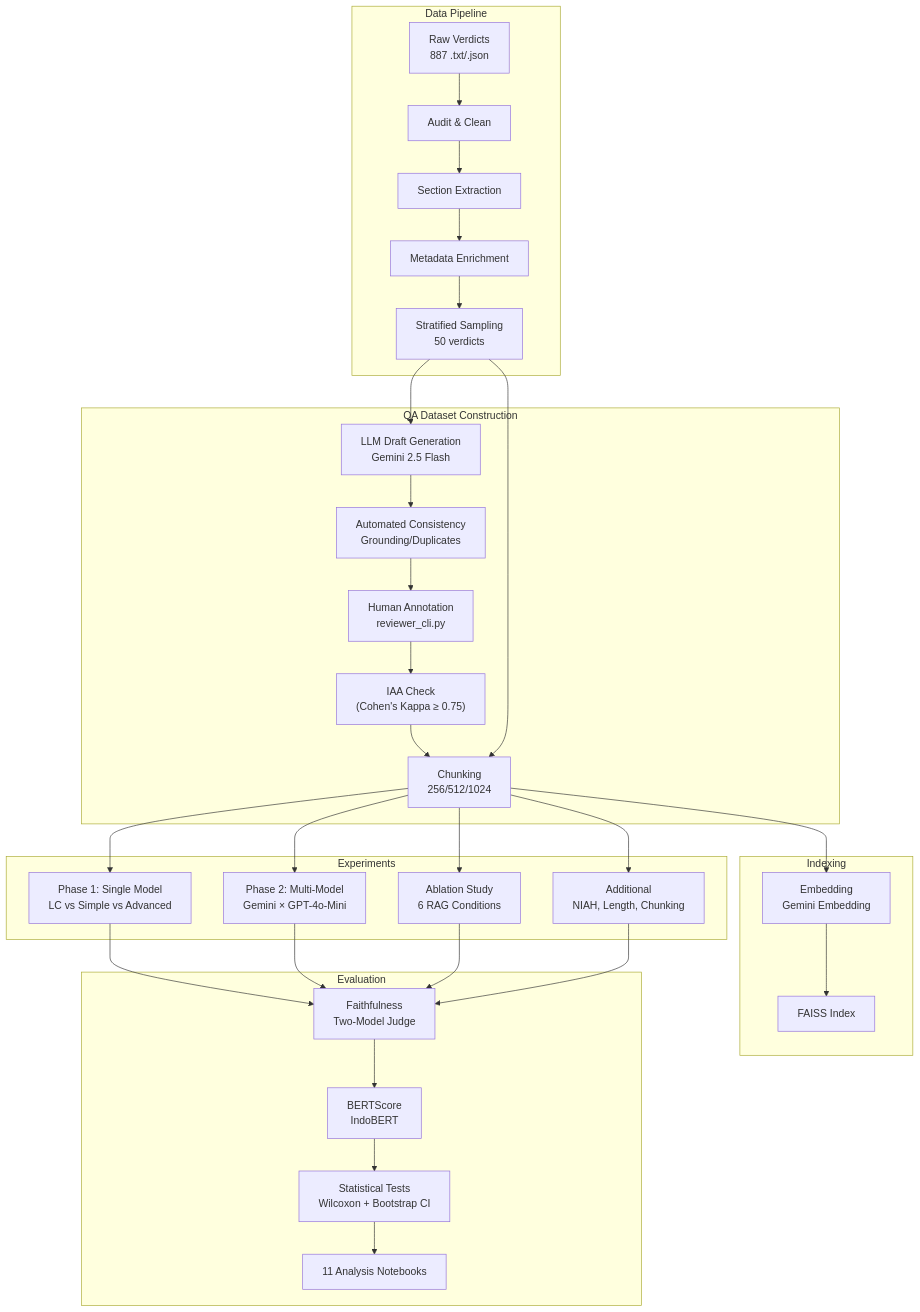
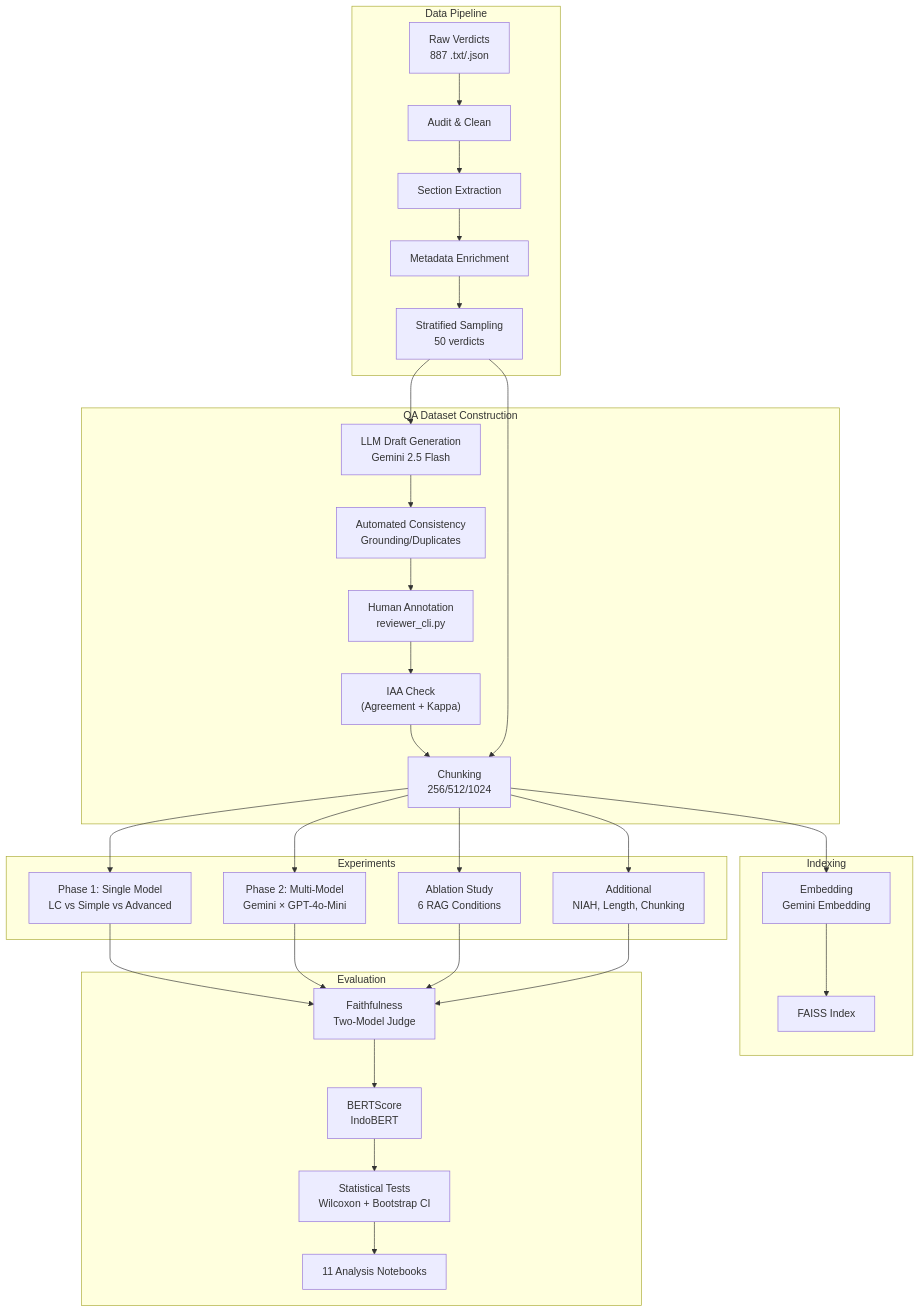
Before and after one commit to Shiverion/VerdictBench-LCvsRAG: the diagram in README.md, drawn with Mermaid. The commit also changed other lines of this file and 2 other files, not shown here.

````diff
--- a/README.md
+++ b/README.md
@@ -64,37 +63,37 @@
 ```mermaid
 graph TB
     subgraph "Data Pipeline"
         A[Raw Verdicts<br/>887 .txt/.json] --> B[Audit & Clean]
         B --> C[Section Extraction]
         C --> D[Metadata Enrichment]
         D --> E[Stratified Sampling<br/>50 verdicts]
     end
 
     subgraph "QA Dataset Construction"
         E --> F[LLM Draft Generation<br/>Gemini 2.5 Flash]
         F --> G[Automated Consistency<br/>Grounding/Duplicates]
         G --> H[Human Annotation<br/>reviewer_cli.py]
-        H --> I["IAA Check<br/>(Cohen's Kappa ≥ 0.75)"]
+        H --> I["IAA Check<br/>(Agreement + Kappa)"]
         I --> J[300 QA Pairs]
     end
 
     subgraph "Indexing"
         E --> J[Chunking<br/>256/512/1024]
         J --> K[Embedding<br/>Gemini Embedding]
         K --> L[FAISS Index]
     end
 
     subgraph "Experiments"
         J --> M[Phase 1: Single Model<br/>LC vs Simple vs Advanced]
         J --> N[Phase 2: Multi-Model<br/>Gemini × GPT-4o-Mini]
         J --> O[Ablation Study<br/>6 RAG Conditions]
         J --> P[Additional<br/>NIAH, Length, Chunking]
     end
 
     subgraph "Evaluation"
         M & N & O & P --> Q[Faithfulness<br/>Two-Model Judge]
         Q --> R[BERTScore<br/>IndoBERT]
         R --> S[Statistical Tests<br/>Wilcoxon + Bootstrap CI]
         S --> T[11 Analysis Notebooks]
     end
 ```
````
